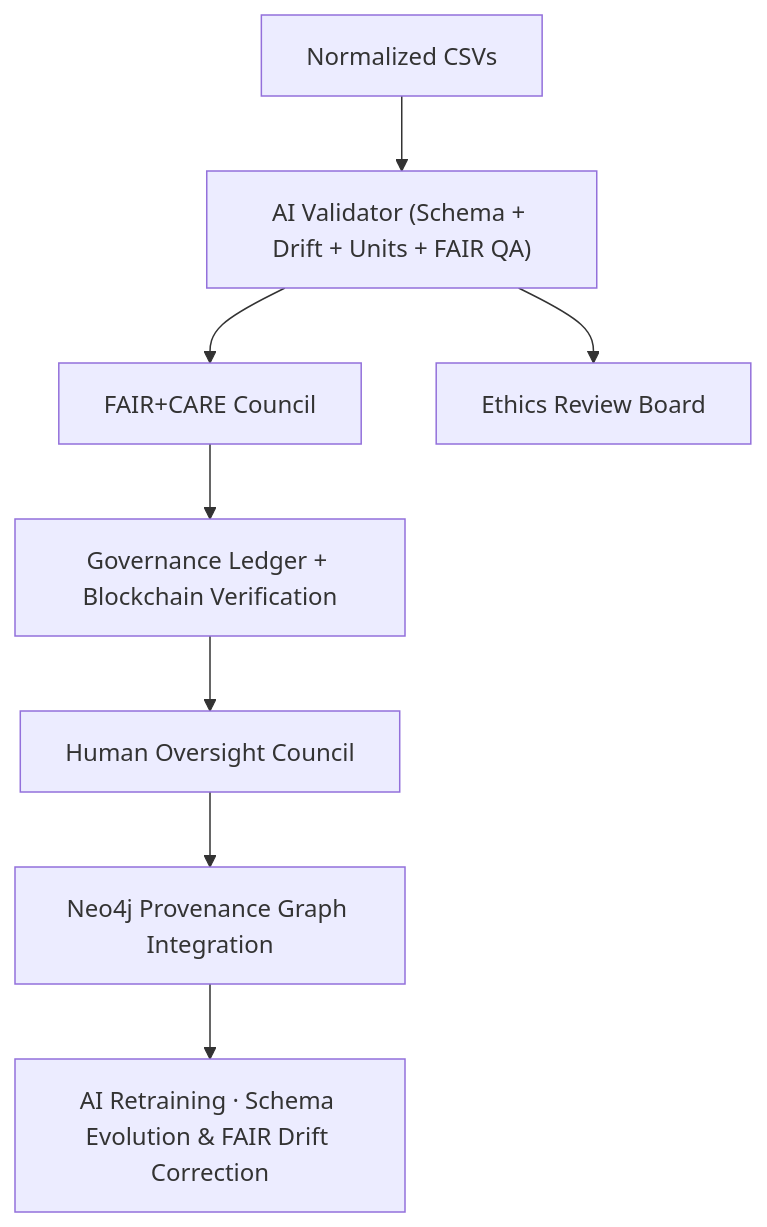
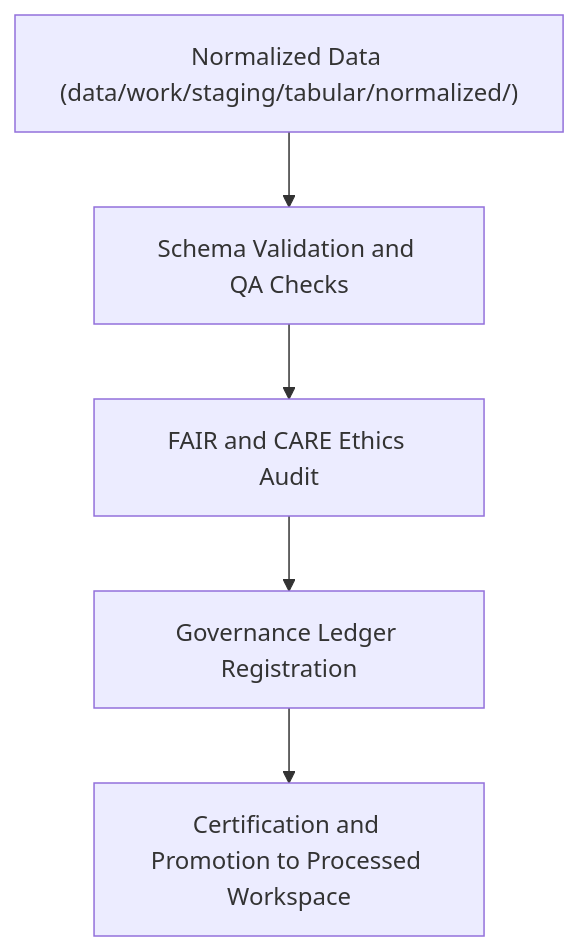
One commit to bartytime4life/Kansas-Frontier-Matrix changed the diagram in data/work/staging/tabular/validation/README.md. Above: the diagram before and after it, drawn with Mermaid. The commit also changed other lines of this file, not shown here.

````diff
--- a/data/work/staging/tabular/validation/README.md
+++ b/data/work/staging/tabular/validation/README.md
@@ -94,10 +62,7 @@
 ```mermaid
 flowchart TD
-A["Normalized CSVs"] --> B["AI Validator (Schema + Drift + Units + FAIR QA)"]
-B --> C["FAIR+CARE Council"]
-B --> D["Ethics Review Board"]
-C --> E["Governance Ledger + Blockchain Verification"]
-E --> F["Human Oversight Council"]
-F --> G["Neo4j Provenance Graph Integration"]
-G --> H["AI Retraining · Schema Evolution & FAIR Drift Correction"]
+    A["Normalized Data (data/work/staging/tabular/normalized/)"] --> B["Schema Validation and QA Checks"]
+    B --> C["FAIR and CARE Ethics Audit"]
+    C --> D["Governance Ledger Registration"]
+    D --> E["Certification and Promotion to Processed Workspace"]
 ```
````
